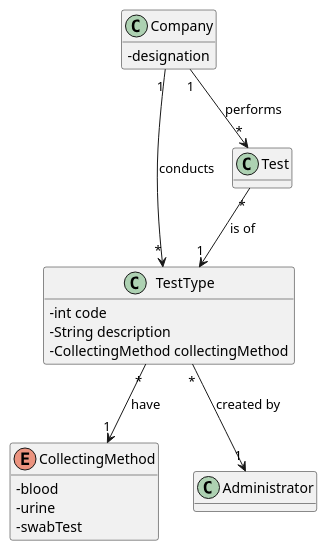
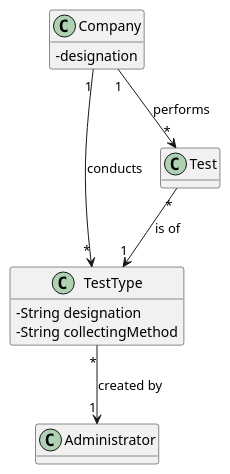
Before and after one commit to RuiRioPina/LAPR2-20-21: the diagram in docs/SprintB/US_9/UC9_MD.puml, drawn with PlantUML. The commit also changed 6 other files, not shown here.

Commit message:
almost finishing the UC9 uml

```diff
--- a/docs/SprintB/US_9/UC9_MD.puml
+++ b/docs/SprintB/US_9/UC9_MD.puml
@@ -1,31 +1,24 @@
 @startuml
 skinparam classAttributeIconSize 0
 hide methods
-enum CollectingMethod {
-  -blood
-  -urine
-  -swabTest
-}
 
 class TestType {
-  -int code
-  -String description
-  -CollectingMethod collectingMethod
+  -String designation
+  -String collectingMethod
 }
 
 class Company {
   -designation
 }
 
 class Test {
 }
 
 class Administrator {
 }
 
-TestType "*" --> "1" CollectingMethod : have 
 Company "1" --> "*" TestType : conducts
 Test "*" --> "1" TestType : is of
 Company "1" --> "*" Test : performs
 TestType "*" --> "1" Administrator : created by
 @enduml
```
